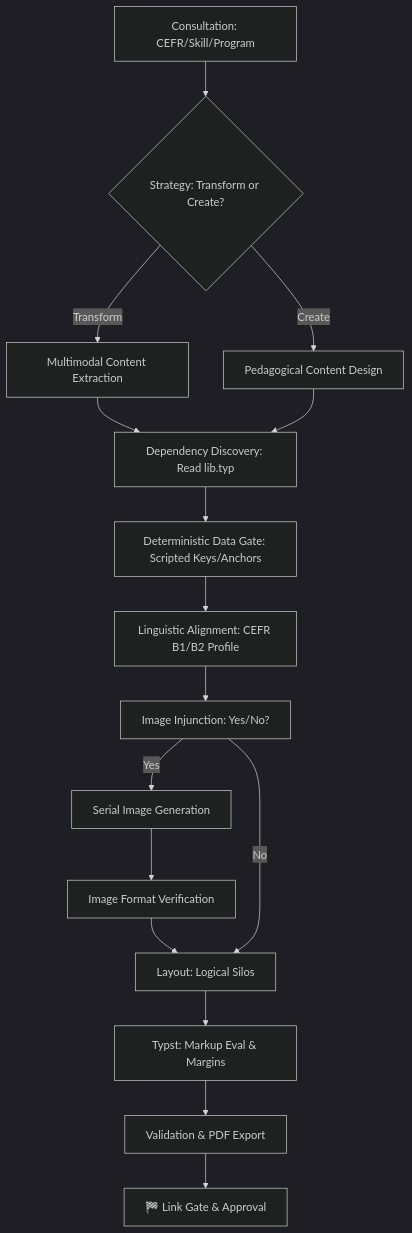
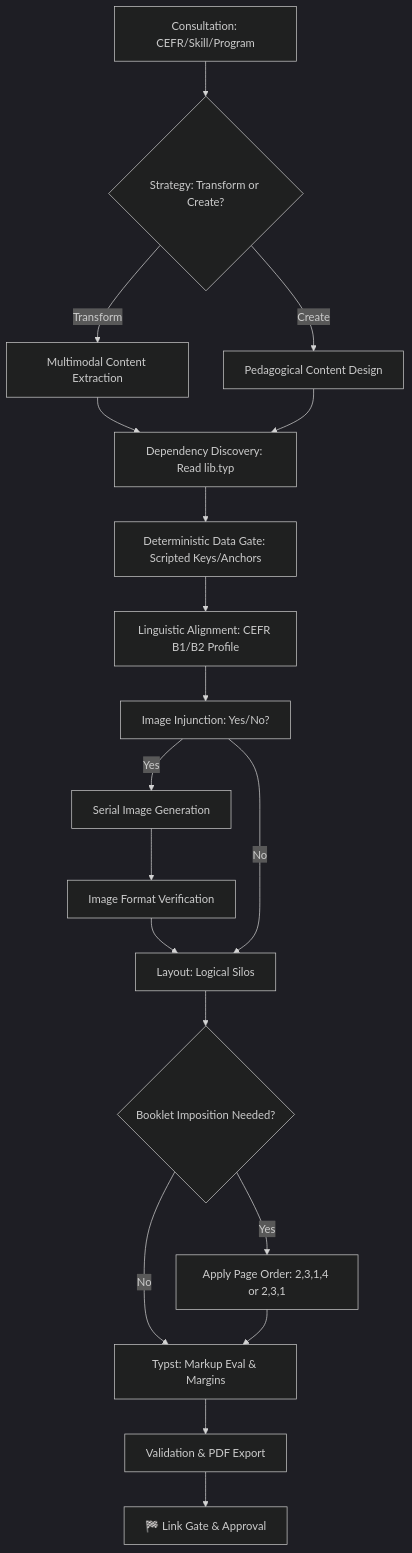
Before and after one commit to elwrush/lesson-plan-agent: the diagram in skills/producing-educational-materials/SKILL.md, drawn with Mermaid (dark theme). The commit also changed other lines of this file and 16 other files, not shown here.

````diff
--- a/skills/producing-educational-materials/SKILL.md
+++ b/skills/producing-educational-materials/SKILL.md
@@ -15,17 +15,20 @@
 ```mermaid
 graph TD
     A[Consultation: CEFR/Skill/Program] --> B{Strategy: Transform or Create?}
     B -->|Transform| C[Multimodal Content Extraction]
     B -->|Create| D[Pedagogical Content Design]
     C & D --> DP[Dependency Discovery: Read lib.typ]
     DP --> DG[Deterministic Data Gate: Scripted Keys/Anchors]
     DG --> LP[Linguistic Alignment: CEFR B1/B2 Profile]
     LP --> E[Image Injunction: Yes/No?]
     E -->|Yes| F[Serial Image Generation]
     F --> IV[Image Format Verification]
     IV --> G[Layout: Logical Silos]
     E -->|No| G
-    G --> H[Typst: Markup Eval & Margins]
+    G --> BI{Booklet Imposition Needed?}
+    BI -->|Yes| BO[Apply Page Order: 2,3,1,4 or 2,3,1]
+    BI -->|No| H
+    BO --> H[Typst: Markup Eval & Margins]
     H --> I[Validation & PDF Export]
     I --> J[🏁 Link Gate & Approval]
 ```
````
